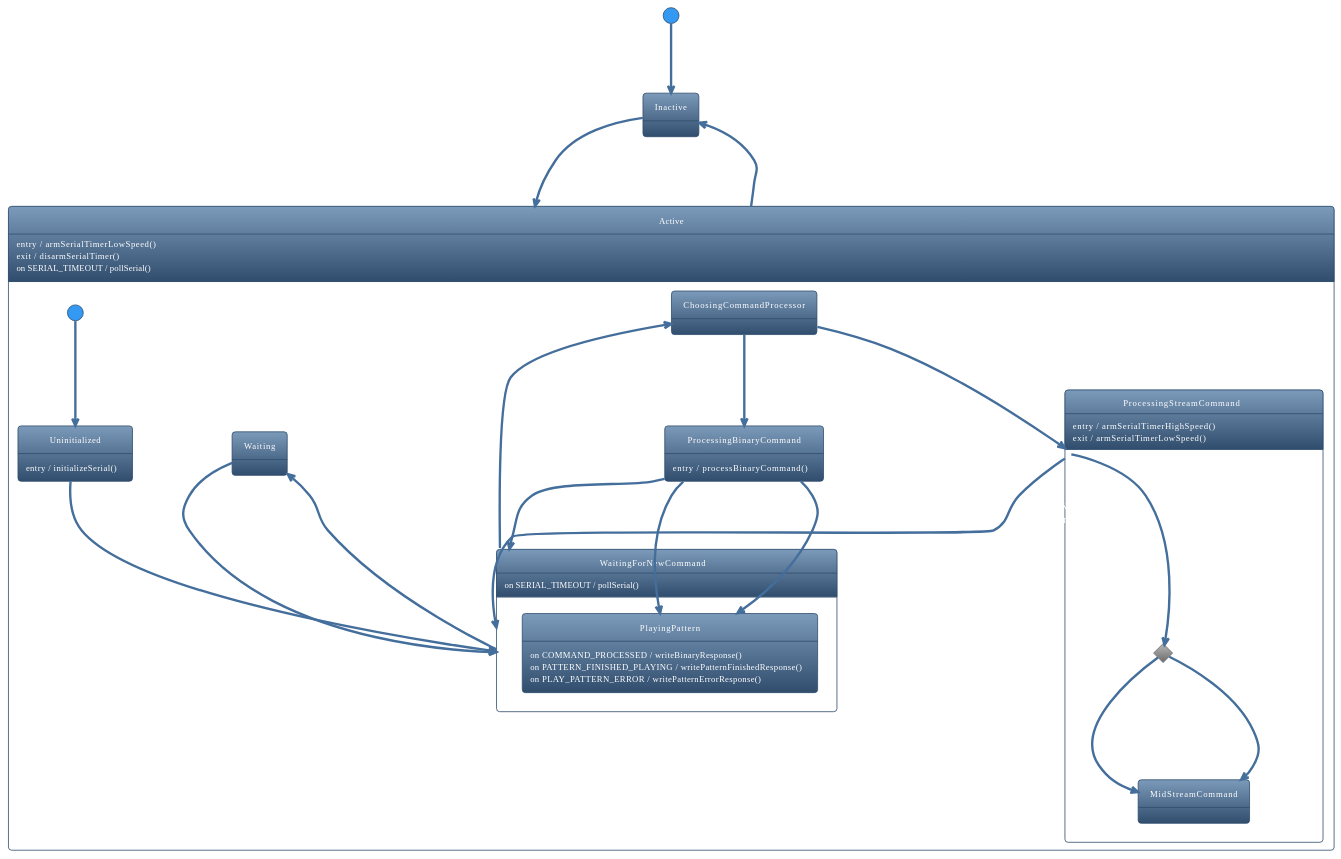
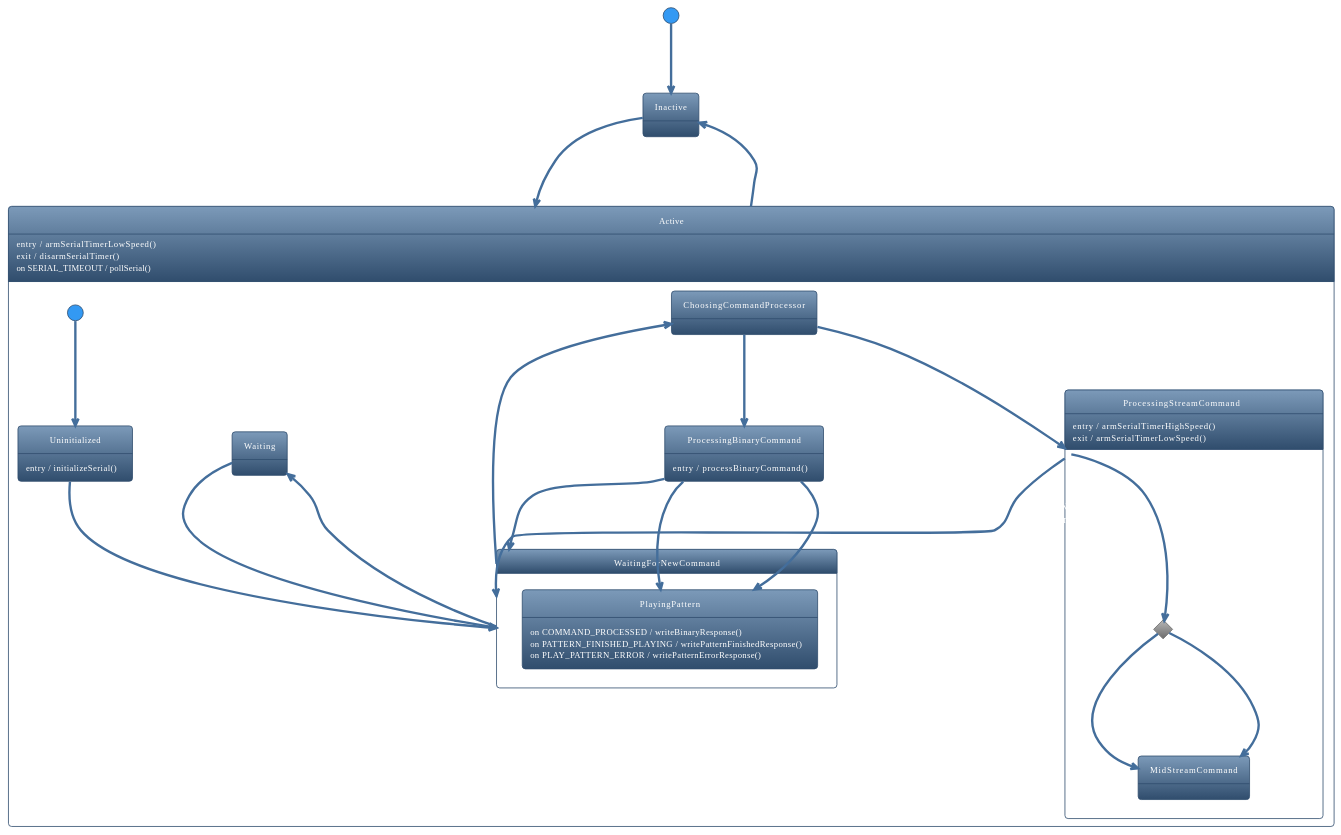
The second of 3 diagrams in README.org (janelia-arduino/ArenaController), drawn with PlantUML before and after one commit. The commit also changed other lines of this file and 5 other files, not shown here.

```diff
--- a/README.org
+++ b/README.org
@@ -188,54 +187,53 @@
 #+BEGIN_SRC plantuml :file ./documentation/images/state-diagram-serial-command-interface.png :results none
 @startuml
 !theme spacelab
 state Inactive {
 }
 [*] --> Inactive : initializeAndSubscribe()
 state Active {
   Active : entry / armSerialTimerLowSpeed()
   Active : exit / disarmSerialTimer()
   Active : on SERIAL_TIMEOUT / pollSerial()
   state Uninitialized {
     Uninitialized : entry / initializeSerial()
   }
   [*] --> Uninitialized
   state WaitingForNewCommand {
-    WaitingForNewCommand : on SERIAL_TIMEOUT / pollSerial()
     state PlayingPattern {
       PlayingPattern : on COMMAND_PROCESSED / writeBinaryResponse()
       PlayingPattern : on PATTERN_FINISHED_PLAYING / writePatternFinishedResponse()
       PlayingPattern : on PLAY_PATTERN_ERROR / writePatternErrorResponse()
     }
   }
   Uninitialized --> WaitingForNewCommand : SERIAL_INITIALIZED
   state Waiting {
   }
   WaitingForNewCommand --> Waiting : ETHERNET_COMMAND_AVAILABLE
   Waiting --> WaitingForNewCommand : COMMAND_PROCESSED
   state ChoosingCommandProcessor {
   }
   WaitingForNewCommand --> ChoosingCommandProcessor : SERIAL_COMMAND_AVAILABLE
   state ProcessingBinaryCommand {
     ProcessingBinaryCommand : entry / processBinaryCommand()
   }
   ChoosingCommandProcessor --> ProcessingBinaryCommand : PROCESS_BINARY_COMMAND
   ProcessingBinaryCommand --> PlayingPattern : PLAY_PATTERN /\nstorePlayPatternParameters()
   ProcessingBinaryCommand --> PlayingPattern : ANALOG_CLOSED_LOOP /\nstoreAnalogClosedLoopParameters()
   ProcessingBinaryCommand --> WaitingForNewCommand : COMMAND_PROCESSED /\nwriteBinaryResponse()
   state ProcessingStreamCommand {
     ProcessingStreamCommand : entry / armSerialTimerHighSpeed()
     ProcessingStreamCommand : exit / armSerialTimerLowSpeed()
     state c <<choice>>
     ProcessingStreamCommand --> c : SERIAL_COMMAND_AVAILABLE /\nupdateStreamCommand()
     state MidStreamCommand {
     }
     c --> MidStreamCommand : [ifStreamCommandComplete()] /\nprocessStreamCommand()
     c --> MidStreamCommand : [else]
   }
   ChoosingCommandProcessor --> ProcessingStreamCommand : PROCESS_STREAM_COMMAND
   ProcessingStreamCommand --> WaitingForNewCommand : COMMAND_PROCESSED /\nwriteBinaryResponse()
 }
 Inactive --> Active : ACTIVATE_SERIAL_COMMAND_INTERFACE
 Active --> Inactive : DEACTIVATE_SERIAL_COMMAND_INTERFACE
 @enduml
 #+END_SRC
```
